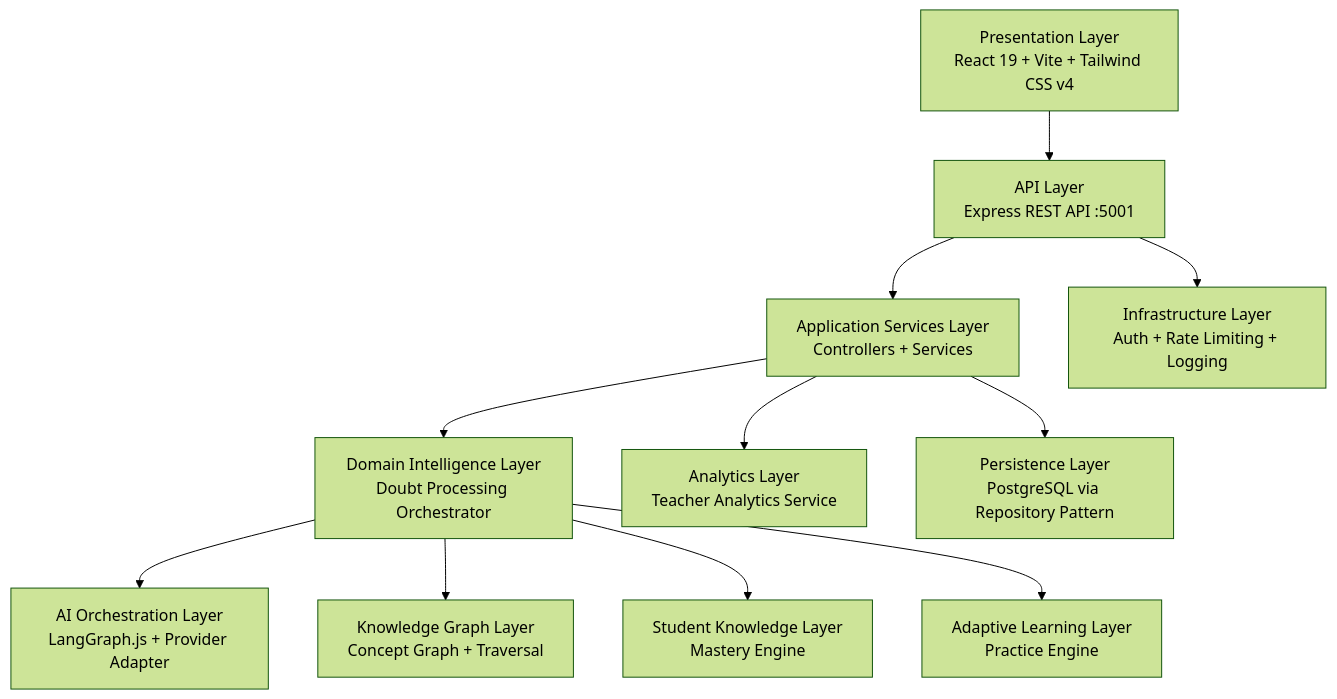
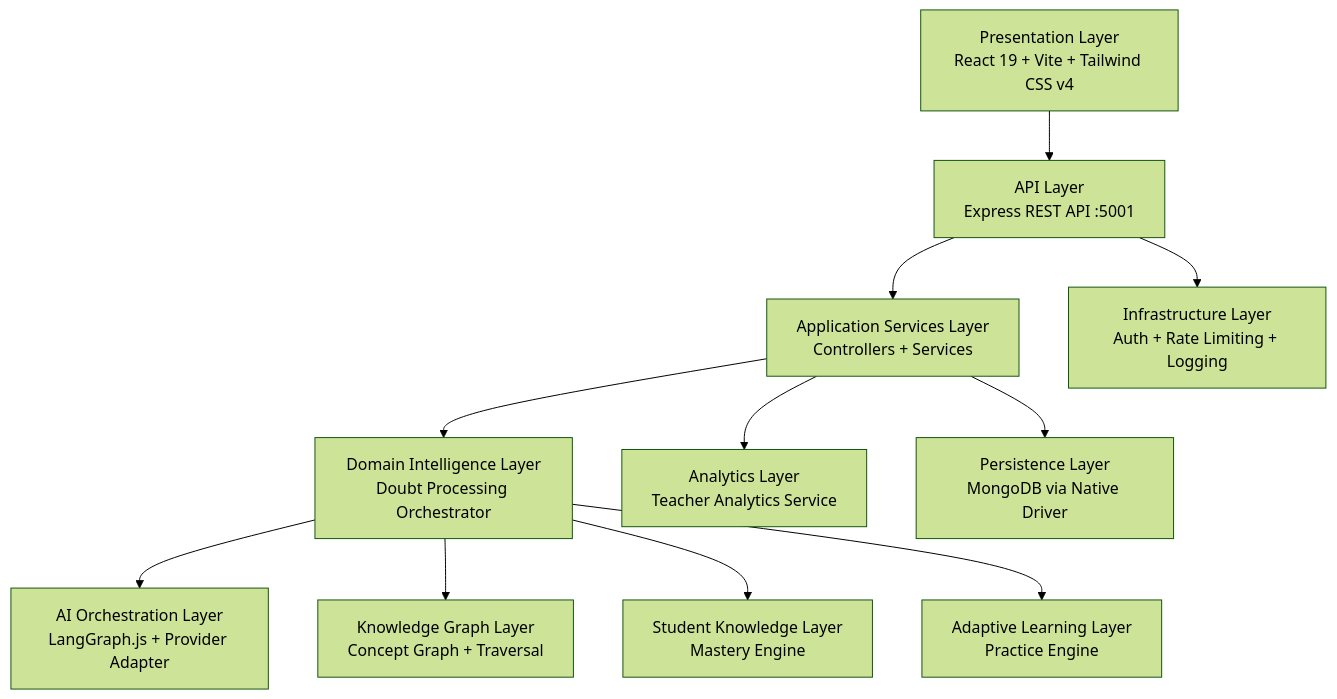
The first of 8 diagrams in KNOWRA_PROJECT_BLUEPRINT.md (Jubed437/AI-Powered-Personalized-Doubt-Solving-Concept-Gap-Detector-for-Classrooms), drawn with Mermaid (forest theme) before and after one commit. The commit also changed other lines of this file and 29 other files, not shown here.

````diff
--- a/KNOWRA_PROJECT_BLUEPRINT.md
+++ b/KNOWRA_PROJECT_BLUEPRINT.md
@@ -222,13 +222,13 @@
 ```mermaid
 graph TD
     A[Presentation Layer<br/>React 19 + Vite + Tailwind CSS v4] --> B[API Layer<br/>Express REST API :5001]
     B --> C[Application Services Layer<br/>Controllers + Services]
     C --> D[Domain Intelligence Layer<br/>Doubt Processing Orchestrator]
     D --> E[AI Orchestration Layer<br/>LangGraph.js + Provider Adapter]
     D --> F[Knowledge Graph Layer<br/>Concept Graph + Traversal]
     D --> G[Student Knowledge Layer<br/>Mastery Engine]
     D --> H[Adaptive Learning Layer<br/>Practice Engine]
     C --> I[Analytics Layer<br/>Teacher Analytics Service]
-    C --> J[Persistence Layer<br/>PostgreSQL via Repository Pattern]
+    C --> J[Persistence Layer<br/>MongoDB via Native Driver]
     B --> K[Infrastructure Layer<br/>Auth + Rate Limiting + Logging]
 ```
````
